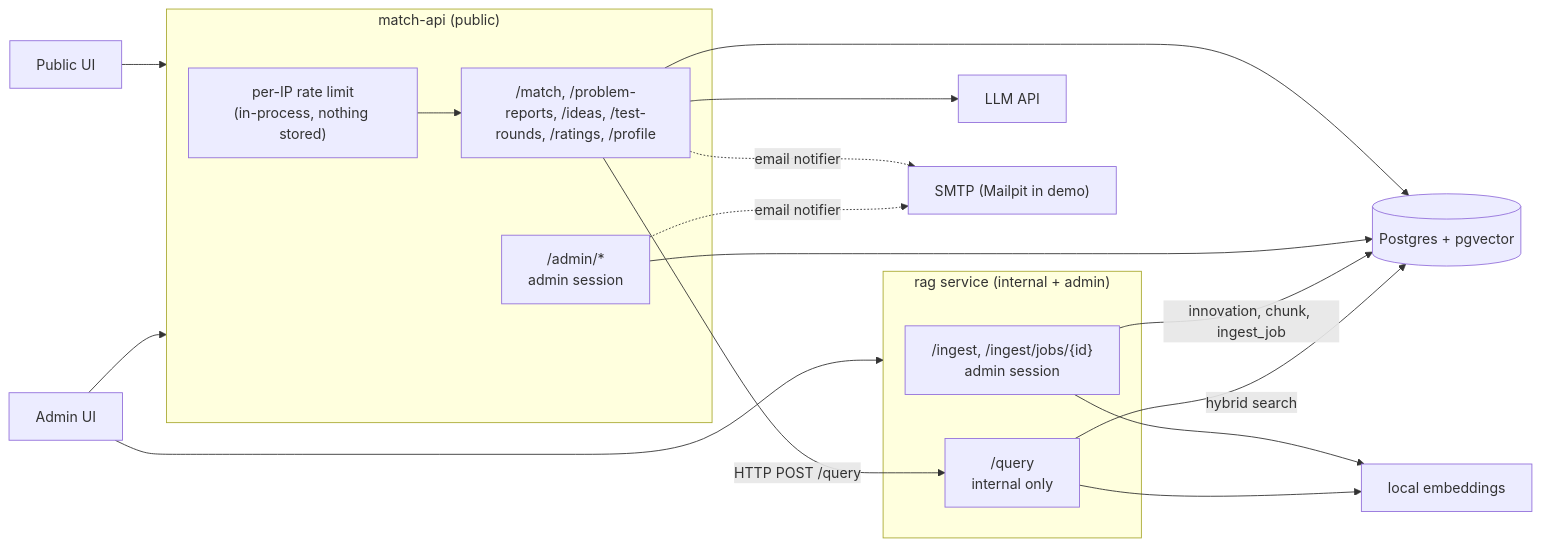
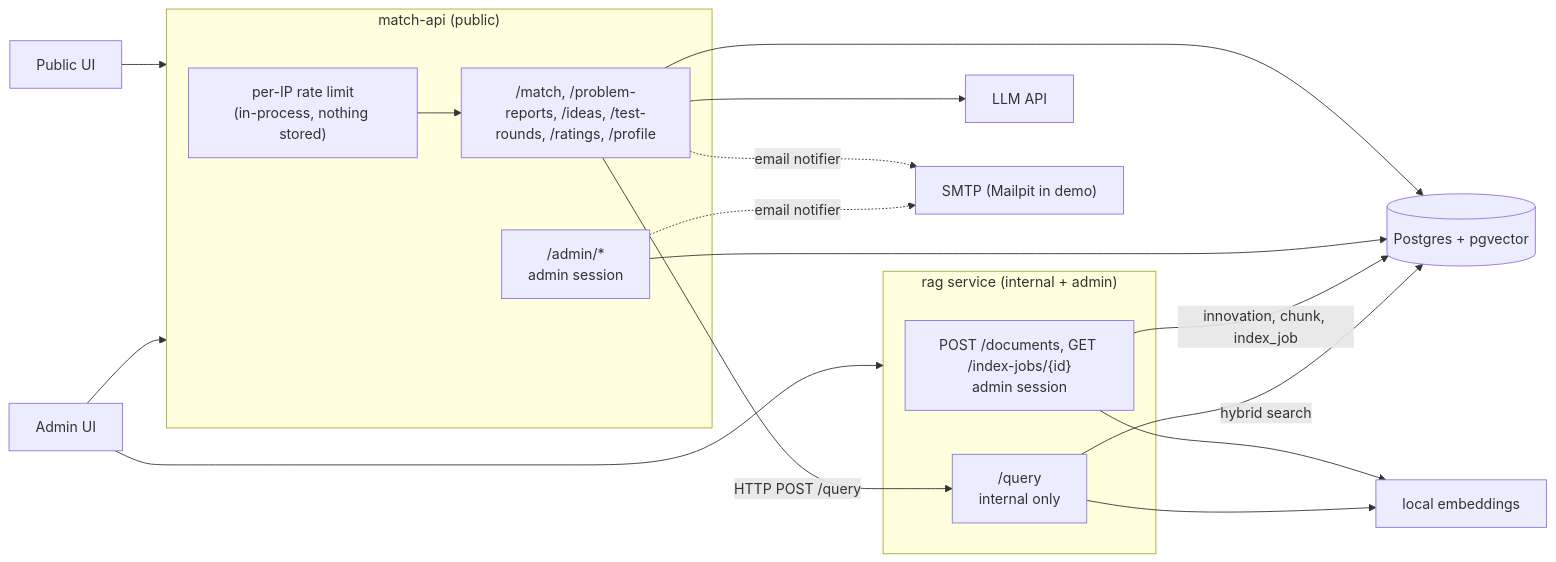
Before and after one commit to DziadBud/HackYeah2026: the first of 4 diagrams in documentation/backend/architecture.md, drawn with Mermaid. The commit also changed other lines of this file and 4 other files, not shown here.

````diff
--- a/documentation/backend/architecture.md
+++ b/documentation/backend/architecture.md
@@ -13,31 +13,31 @@
 ```mermaid
 flowchart LR
     PUI[Public UI] --> API
     AUI[Admin UI] --> API
     AUI --> RAG
 
     subgraph API["match-api (public)"]
         RL["per-IP rate limit<br/>(in-process, nothing stored)"]
         PUB["/match, /problem-reports, /ideas, /test-rounds, /ratings, /profile"]
         ADM["/admin/*<br/>admin session"]
     end
 
     subgraph RAG["rag service (internal + admin)"]
-        IMP["/ingest, /ingest/jobs/{id}<br/>admin session"]
+        IMP["POST /documents, GET /index-jobs/{id}<br/>admin session"]
         QRY["/query<br/>internal only"]
     end
 
     DB[("Postgres + pgvector")]
     LLM[LLM API]
     EMB[local embeddings]
     SMTP["SMTP (Mailpit in demo)"]
 
     RL --> PUB
     PUB & ADM --> DB
     PUB & ADM -. "email notifier" .-> SMTP
     PUB -- "HTTP POST /query" --> QRY
     PUB --> LLM
     IMP & QRY --> EMB
-    IMP -- "innovation, chunk, ingest_job" --> DB
+    IMP -- "innovation, chunk, index_job" --> DB
     QRY -- "hybrid search" --> DB
 ```
````
